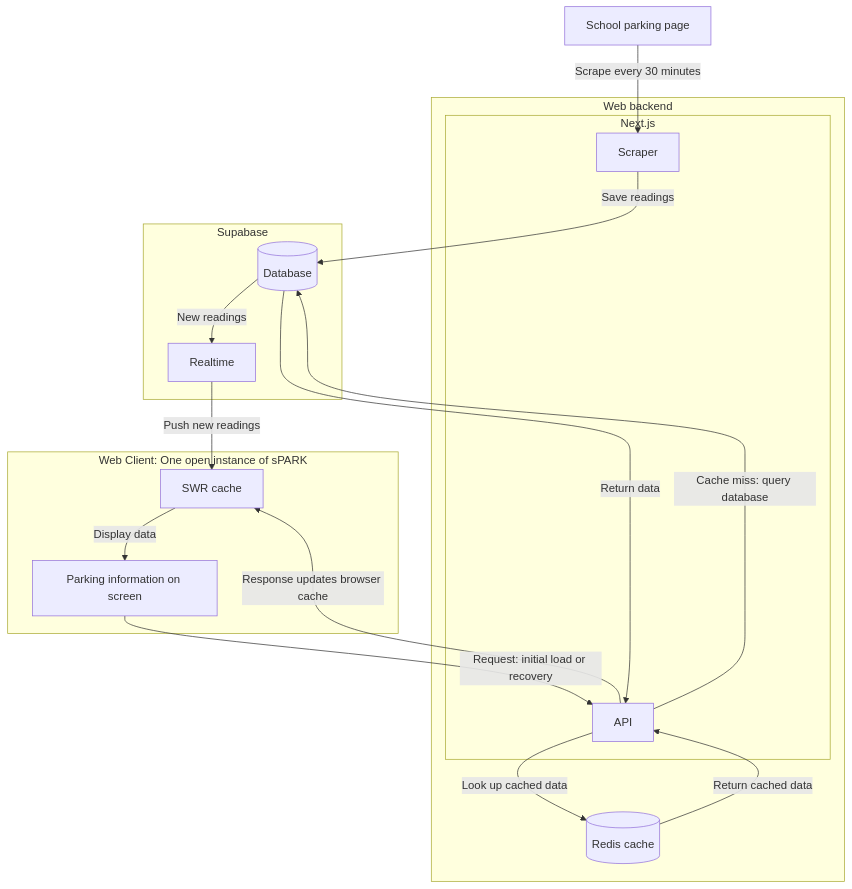
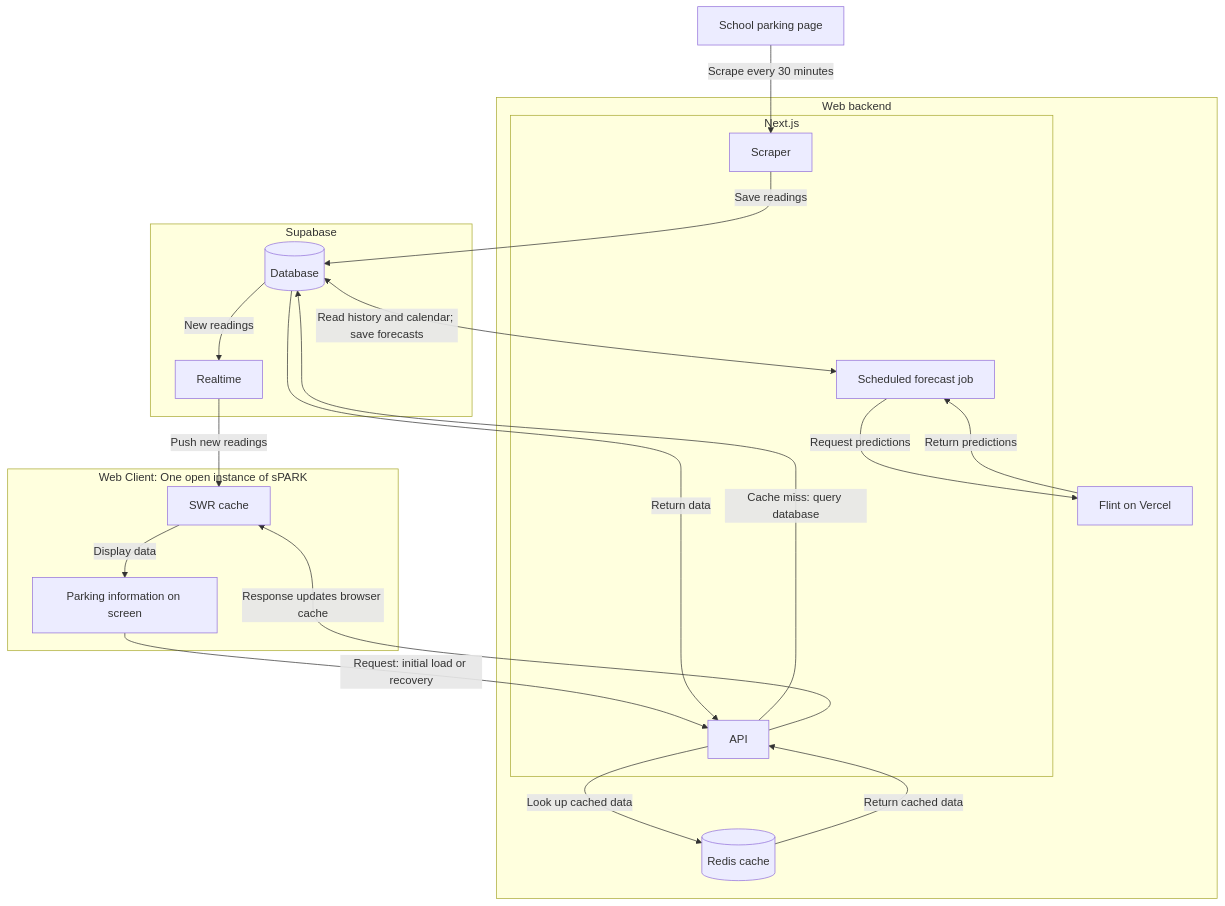
The diagram in README.md (ItaiHammer/sPARK), drawn with Mermaid before and after one commit. The commit also changed other lines of this file, not shown here.

Commit message:
docs: add Flint to existing architecture diagram

````diff
--- a/README.md
+++ b/README.md
@@ -181,35 +167,41 @@
 ```mermaid
 flowchart TB
     School["School parking page"]
 
     subgraph WebBackend["Web backend"]
         subgraph NextJS["Next.js"]
             Scraper["Scraper"]
             API["API"]
+            ForecastJob["Scheduled forecast job"]
         end
+        Flint["Flint on Vercel"]
         Redis[("Redis cache")]
         API -->|"Look up cached data"| Redis
         Redis -->|"Return cached data"| API
     end
 
     subgraph Supabase["Supabase"]
         DB[("Database")]
         Realtime["Realtime"]
         DB -->|"New readings"| Realtime
     end
 
     subgraph Client["Web Client: One open instance of sPARK"]
         SWR["SWR cache"]
         UI["Parking information on screen"]
         SWR -->|"Display data"| UI
     end
 
     School -->|"Scrape every 30 minutes"| Scraper
     Scraper -->|"Save readings"| DB
 
+    DB <-->|"Read history and calendar; save forecasts"| ForecastJob
+    ForecastJob -->|"Request predictions"| Flint
+    Flint -->|"Return predictions"| ForecastJob
+
     Realtime -->|"Push new readings"| SWR
     UI -->|"Request: initial load or recovery"| API
     API -->|"Cache miss: query database"| DB
     DB -->|"Return data"| API
     API -->|"Response updates browser cache"| SWR
 ```
````
